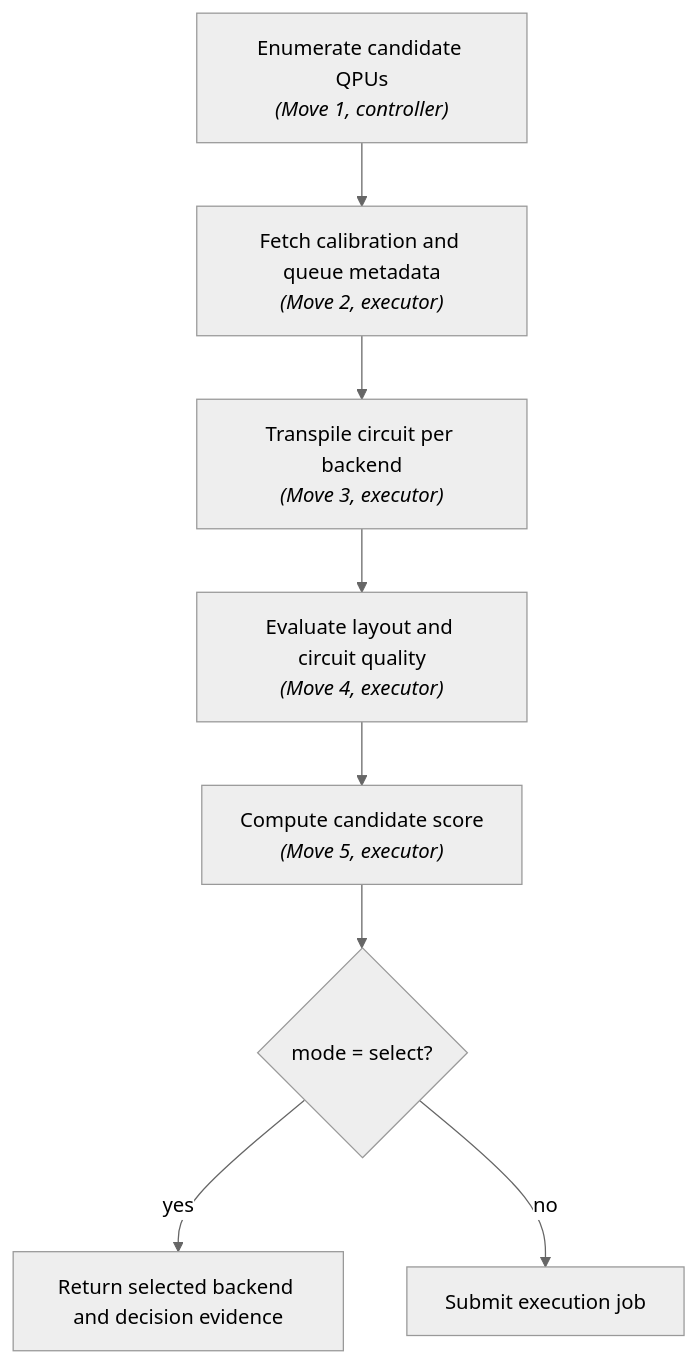
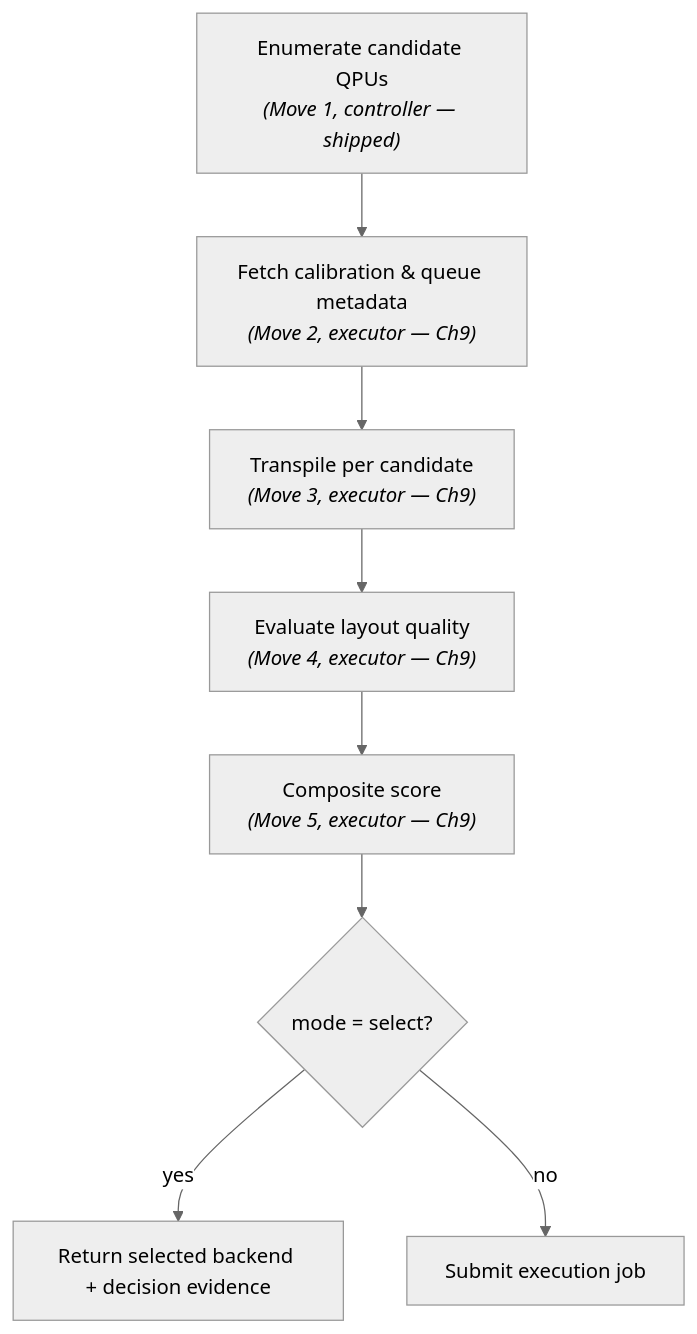
One commit to ioaiaaii/quantum-circuit-controller changed the fifth of 5 diagrams in docs/systems-design/QCC-System-Design.md. Above: the diagram before and after it, drawn with Mermaid (neutral theme). The commit also changed other lines of this file and 6 other files, not shown here.

````diff
--- a/docs/systems-design/QCC-System-Design.md
+++ b/docs/systems-design/QCC-System-Design.md
@@ -315,10 +311,10 @@
 ```mermaid
 flowchart TD
-    A["Enumerate candidate QPUs<br/><i>(Move 1, controller)</i>"] --> B["Fetch calibration and queue metadata<br/><i>(Move 2, executor)</i>"]
-    B --> C["Transpile circuit per backend<br/><i>(Move 3, executor)</i>"]
-    C --> D["Evaluate layout and circuit quality<br/><i>(Move 4, executor)</i>"]
-    D --> E["Compute candidate score<br/><i>(Move 5, executor)</i>"]
+    A["Enumerate candidate QPUs<br/><i>(Move 1, controller — shipped)</i>"] --> B["Fetch calibration & queue metadata<br/><i>(Move 2, executor — Ch9)</i>"]
+    B --> C["Transpile per candidate<br/><i>(Move 3, executor — Ch9)</i>"]
+    C --> D["Evaluate layout quality<br/><i>(Move 4, executor — Ch9)</i>"]
+    D --> E["Composite score<br/><i>(Move 5, executor — Ch9)</i>"]
     E --> F{mode = select?}
-    F -->|yes| G[Return selected backend and decision evidence]
+    F -->|yes| G[Return selected backend + decision evidence]
     F -->|no| H[Submit execution job]
 ```
````
